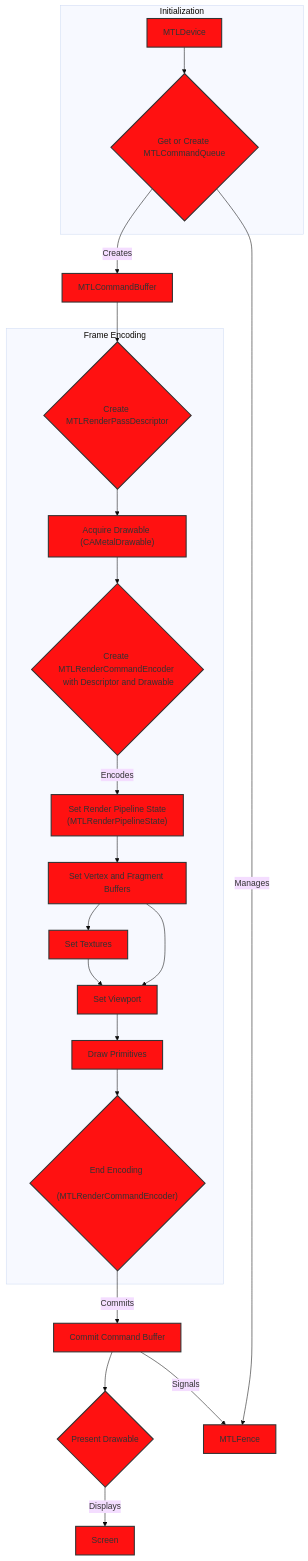
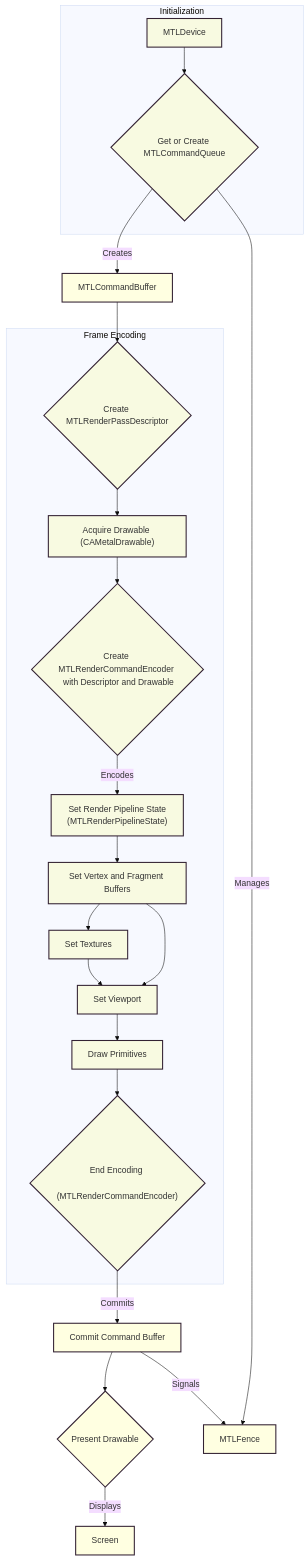
Before and after one commit to CongLeSolutionX/Apple-Frameworks-in-Mermaid-Diagrams: the second of 4 diagrams in Complexed-processes-in-Mermaid-diagrams/MTLCommandQueue_IntegrationWithMetalRenderingPipeline.md, drawn with Mermaid (base theme). The commit also changed other lines of this file, not shown here.

````diff
--- a/Complexed-processes-in-Mermaid-diagrams/MTLCommandQueue_IntegrationWithMetalRenderingPipeline.md
+++ b/Complexed-processes-in-Mermaid-diagrams/MTLCommandQueue_IntegrationWithMetalRenderingPipeline.md
@@ -1115,41 +45,50 @@
 ```mermaid
 graph TD
     subgraph "Initialization"
         A[MTLDevice] --> B{Get or Create MTLCommandQueue};
     end
-        B --"Creates"--> C[MTLCommandBuffer];
-        C --> D{Create MTLRenderPassDescriptor};
+    
+    B --"Creates"--> C[MTLCommandBuffer];
+    C --> D{Create MTLRenderPassDescriptor};
+    
     subgraph "Frame Encoding"
         D --> E["Acquire Drawable (CAMetalDrawable)"];
-    E --> F{Create MTLRenderCommandEncoder \n with Descriptor and Drawable};
-    F --"Encodes"--> G["Set Render Pipeline State \n (MTLRenderPipelineState)"];
-    G --> H[Set Vertex and Fragment Buffers];
-    H --> I[Set Textures];
-    H --> J[Set Viewport];
-    I --> J
-    J --> K[Draw Primitives];
-        K --> L{"End Encoding \n (MTLRenderCommandEncoder)"};
+        E --> F{Create MTLRenderCommandEncoder <br> with Descriptor and Drawable};
+        F --"Encodes"--> G["Set Render Pipeline State <br> (MTLRenderPipelineState)"];
+        G --> H[Set Vertex and Fragment Buffers];
+        H --> I[Set Textures];
+        H --> J[Set Viewport];
+        I --> J
+        J --> K[Draw Primitives];
+        K --> L{"End Encoding <br> (MTLRenderCommandEncoder)"};
     end
+    
     L --"Commits"--> M[Commit Command Buffer];
     M --> N{Present Drawable};
     N --"Displays"--> O[Screen];
+    B -- "Manages" --> P[MTLFence];
+    M --"Signals"--> P
     
+    %% Styling 
+    classDef plain fill:#ff22,stroke:#323,stroke-width:2px;
+    class A,B,C,D,E,F,G,H,I,J,K,L,M,N,O,P plain
+    class B,D,F,L,N internal-obj
+     
+    %% Open corresponding official Apple documentations when a node receives a click from user
+    click A href "https://developer.apple.com/documentation/metal/mtldevice" "MTLDevice Documentation" _blank
     
-    B -- "Manages" --> P[MTLFence]
-     M --"Signals"-->  P
+    click B href "https://developer.apple.com/documentation/metal/mtlcommandqueue" "MTLCommandQueue Documentation" _blank
     
-    classDef plain fill:#f11f,stroke:#333,stroke-width:2px;
-    class A,B,C,D,E,F,G,H,I,J,K,L,M,N,O,P plain
-     class B,D,F,L,N internal-obj
-     
-     click A href "https://developer.apple.com/documentation/metal/mtldevice" "MTLDevice Documentation" _blank
-     click B href "https://developer.apple.com/documentation/metal/mtlcommandqueue" "MTLCommandQueue Documentation" _blank
-     click C href "https://developer.apple.com/documentation/metal/mtlcommandbuffer" "MTLCommandBuffer Documentation" _blank
-     click D href "https://developer.apple.com/documentation/metal/mtlrenderpassdescriptor" "MTLRenderPassDescriptor Documentation" _blank
-      click E href "https://developer.apple.com/documentation/metal/cametaldrawable" "CAMetalDrawable Documentation" _blank
-     click F href "https://developer.apple.com/documentation/metal/mtlrendercommandencoder" "MTLRenderCommandEncoder Documentation" _blank
-     click G href "https://developer.apple.com/documentation/metal/mtlrenderpipelinestate" "MTLRenderPipelineState Documentation" _blank
-      click P href "https://developer.apple.com/documentation/metal/mtlfence" "MTLFence Documentation" _blank
-     
-     
+    click C href "https://developer.apple.com/documentation/metal/mtlcommandbuffer" "MTLCommandBuffer Documentation" _blank
+    
+    click D href "https://developer.apple.com/documentation/metal/mtlrenderpassdescriptor" "MTLRenderPassDescriptor Documentation" _blank
+    
+    click E href "https://developer.apple.com/documentation/metal/cametaldrawable" "CAMetalDrawable Documentation" _blank
+    
+    click F href "https://developer.apple.com/documentation/metal/mtlrendercommandencoder" "MTLRenderCommandEncoder Documentation" _blank
+    
+    click G href "https://developer.apple.com/documentation/metal/mtlrenderpipelinestate" "MTLRenderPipelineState Documentation" _blank
+    
+    click P href "https://developer.apple.com/documentation/metal/mtlfence" "MTLFence Documentation" _blank
+
 ```
````
